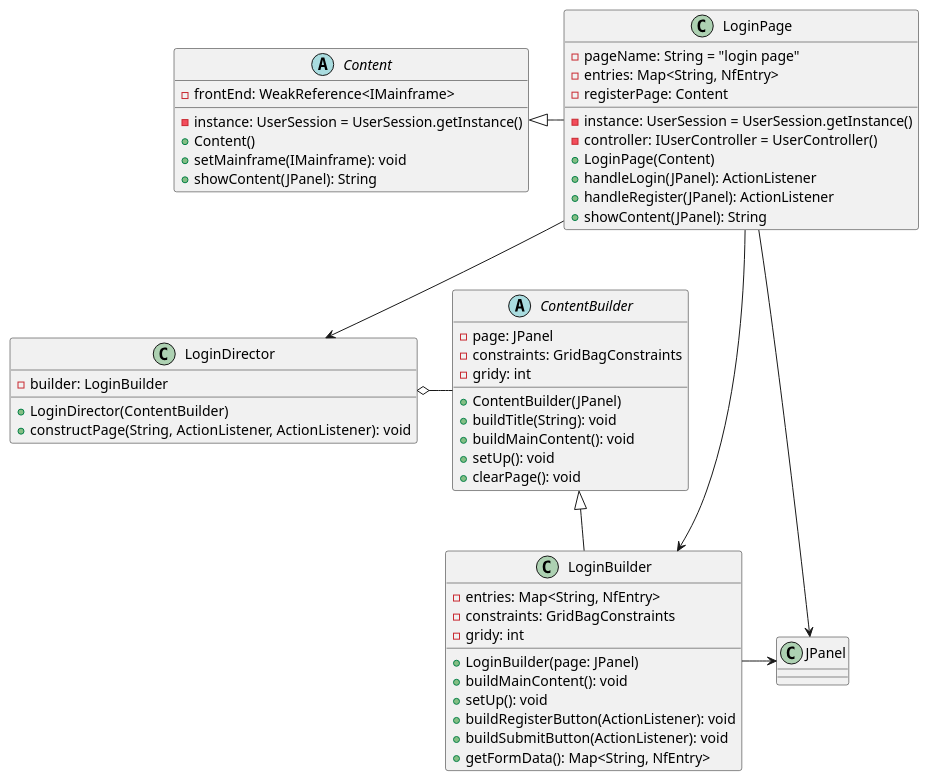
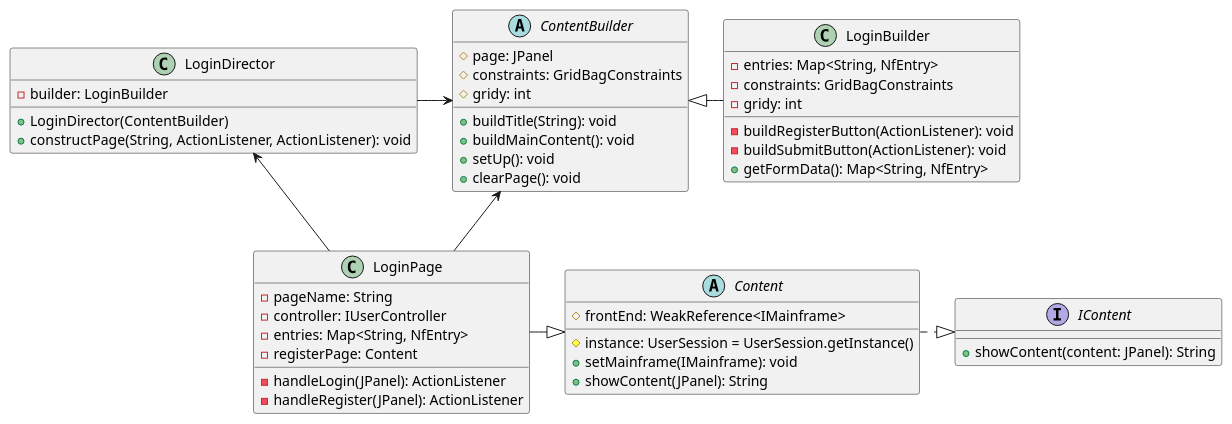
One commit to leidZhang/Nutrifit changed the diagram in doc/class-diagram/LoginPage.puml. Above: the diagram before and after it, drawn with PlantUML. The commit also changed 2 other files, not shown here.

Commit message:
User view puml

```diff
--- a/doc/class-diagram/LoginPage.puml
+++ b/doc/class-diagram/LoginPage.puml
@@ -1,67 +1,60 @@
 @startuml
 'https://plantuml.com/sequence-diagram
 class LoginDirector {
     -builder: LoginBuilder
 
     +LoginDirector(ContentBuilder)
     +constructPage(String, ActionListener, ActionListener): void
 }
 
 abstract class ContentBuilder {
-    -page: JPanel
-    -constraints: GridBagConstraints
-    -gridy: int
+    #page: JPanel
+    #constraints: GridBagConstraints
+    #gridy: int
 
-    +ContentBuilder(JPanel)
     +buildTitle(String): void
     +buildMainContent(): void
     +setUp(): void
     +clearPage(): void
 }
 
 class LoginBuilder {
     -entries: Map<String, NfEntry>
     -constraints: GridBagConstraints
     -gridy: int
 
-    +LoginBuilder(page: JPanel)
-    +buildMainContent(): void
-    +setUp(): void
-    +buildRegisterButton(ActionListener): void
-    +buildSubmitButton(ActionListener): void
+    -buildRegisterButton(ActionListener): void
+    -buildSubmitButton(ActionListener): void
     +getFormData(): Map<String, NfEntry>
 }
 
 class LoginPage {
-    -pageName: String = "login page"
-    -instance: UserSession = UserSession.getInstance()
-    -controller: IUserController = UserController()
+    -pageName: String
+    -controller: IUserController
     -entries: Map<String, NfEntry>
     -registerPage: Content
 
-    +LoginPage(Content)
-    +handleLogin(JPanel): ActionListener
-    +handleRegister(JPanel): ActionListener
-    +showContent(JPanel): String
+    -handleLogin(JPanel): ActionListener
+    -handleRegister(JPanel): ActionListener
 }
 
 abstract class Content {
-    -instance: UserSession = UserSession.getInstance()
-    -frontEnd: WeakReference<IMainframe>
+    #instance: UserSession = UserSession.getInstance()
+    #frontEnd: WeakReference<IMainframe>
 
-    +Content()
     +setMainframe(IMainframe): void
     +showContent(JPanel): String
 }
 
-class JPanel
+interface IContent {
+  +showContent(content: JPanel): String
+}
 
-LoginDirector o-right- ContentBuilder
-LoginBuilder -up-|> ContentBuilder
-LoginBuilder --right-> JPanel
-LoginPage --> LoginDirector
-LoginPage --> LoginBuilder
-LoginPage --> JPanel
-Content <|-right- LoginPage
+LoginDirector -right-> ContentBuilder
+LoginBuilder -left-|> ContentBuilder
+LoginPage -up-> LoginDirector
+LoginPage -up-> ContentBuilder
+Content <|-left-- LoginPage
+IContent <|.left. Content
 
 @enduml
```
